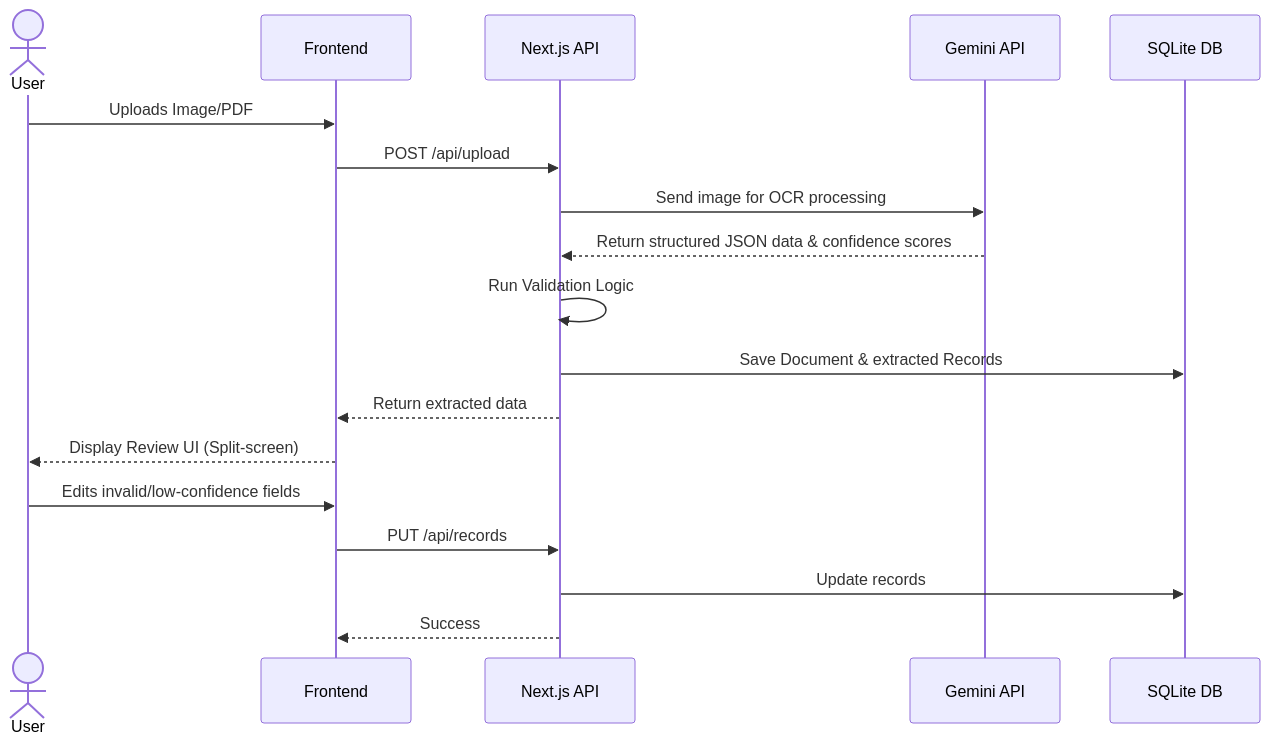
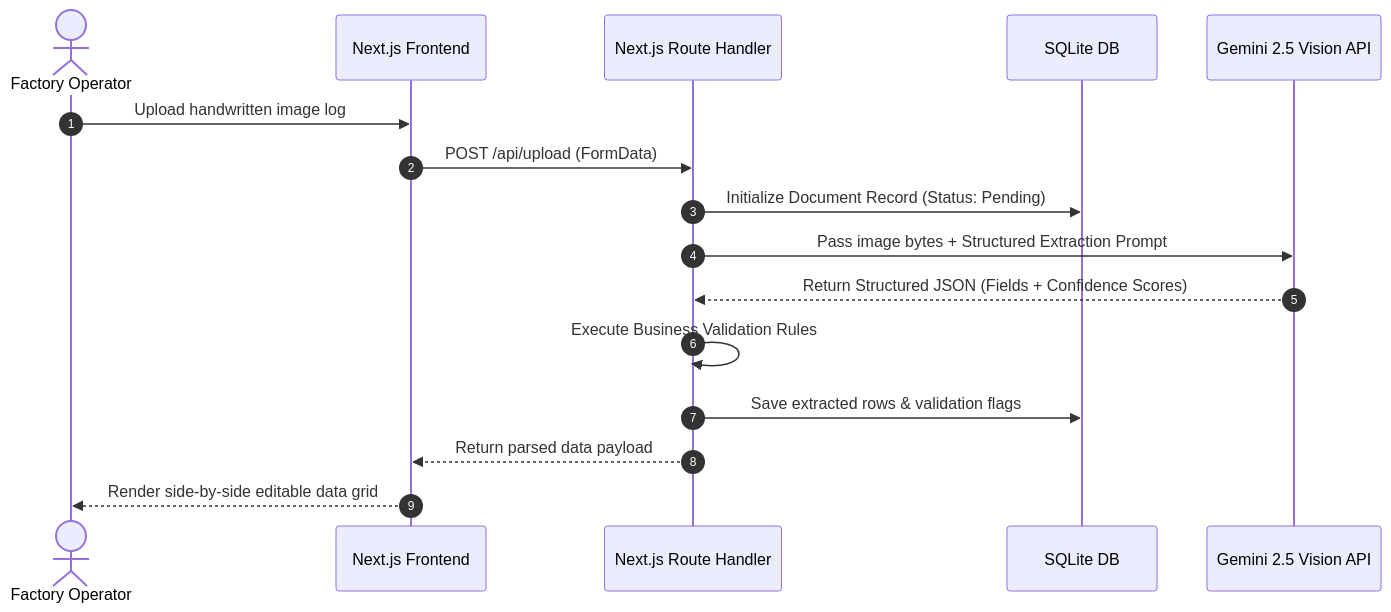
Before and after one commit to nanthitha25/biztelai: the fourth of 8 diagrams in README.md, drawn with Mermaid. The commit also changed other lines of this file, not shown here.

Commit message:
docs: Add Architecture diagram and expand Sequence diagrams

````diff
--- a/README.md
+++ b/README.md
@@ -90,21 +113,19 @@
 ```mermaid
 sequenceDiagram
-    actor User
-    participant UI as Frontend
-    participant API as Next.js API
-    participant AI as Gemini API
+    autonumber
+    actor Operator as Factory Operator
+    participant UI as Next.js Frontend
+    participant API as Next.js Route Handler
     participant DB as SQLite DB
+    participant Gemini as Gemini 2.5 Vision API
 
-    User->>UI: Uploads Image/PDF
-    UI->>API: POST /api/upload
-    API->>AI: Send image for OCR processing
-    AI-->>API: Return structured JSON data & confidence scores
-    API->>API: Run Validation Logic
-    API->>DB: Save Document & extracted Records
-    API-->>UI: Return extracted data
-    UI-->>User: Display Review UI (Split-screen)
-    User->>UI: Edits invalid/low-confidence fields
-    UI->>API: PUT /api/records
-    API->>DB: Update records
-    API-->>UI: Success
+    Operator->>UI: Upload handwritten image log
+    UI->>API: POST /api/upload (FormData)
+    API->>DB: Initialize Document Record (Status: Pending)
+    API->>Gemini: Pass image bytes + Structured Extraction Prompt
+    Gemini-->>API: Return Structured JSON (Fields + Confidence Scores)
+    API->>API: Execute Business Validation Rules
+    API->>DB: Save extracted rows & validation flags
+    API-->>UI: Return parsed data payload
+    UI-->>Operator: Render side-by-side editable data grid
 ```
````
